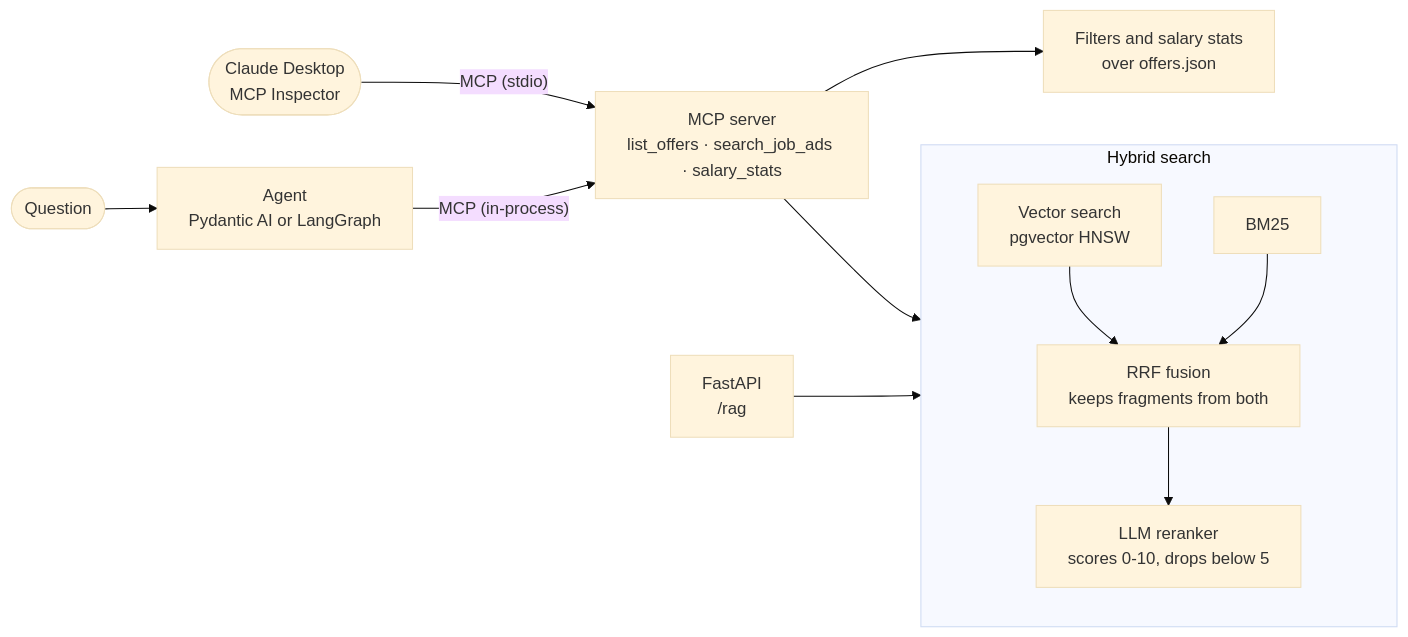
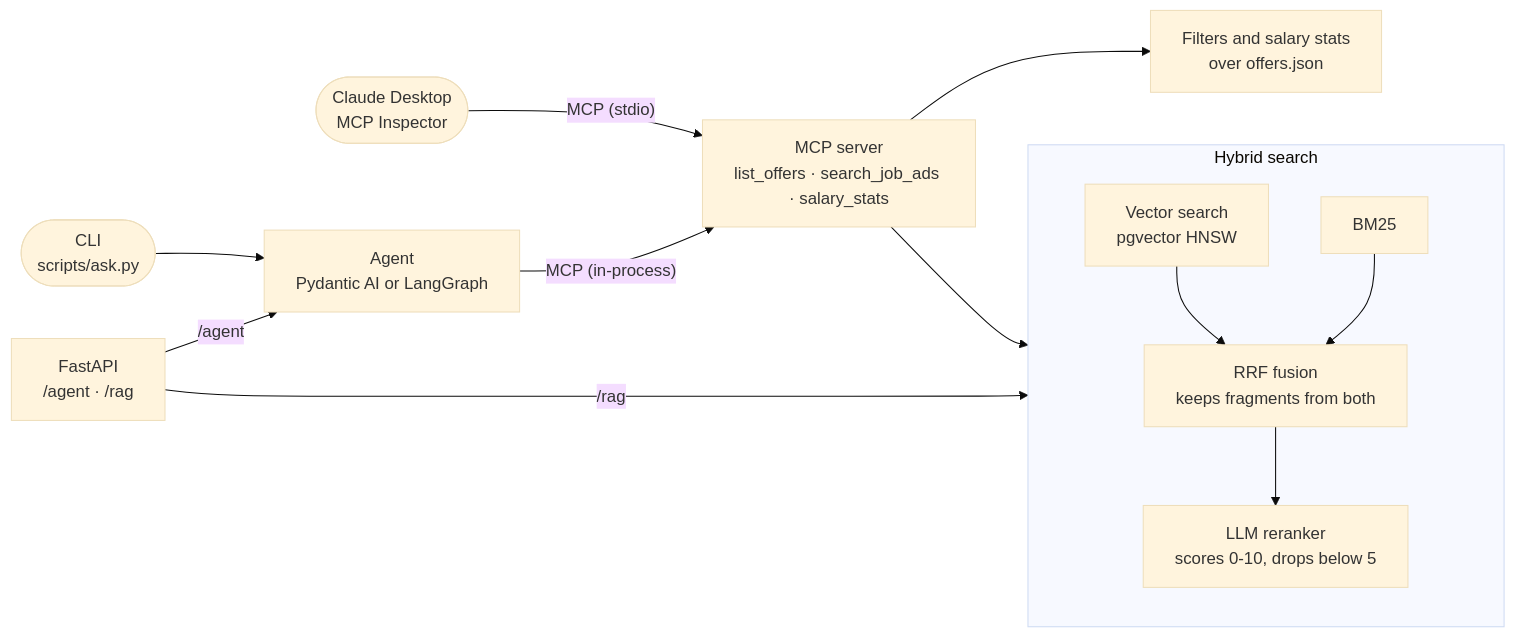
Before and after one commit to BaseAdam/gen_ai: the diagram in README.md, drawn with Mermaid (base theme). The commit also changed other lines of this file and 5 other files, not shown here.

Commit message:
Expose the Pydantic AI agent as POST /agent

````diff
--- a/README.md
+++ b/README.md
@@ -33,15 +34,16 @@
 ```mermaid
 flowchart LR
-    question([Question]) --> agent["Agent<br/>Pydantic AI or LangGraph"]
+    cli(["CLI<br/>scripts/ask.py"]) --> agent["Agent<br/>Pydantic AI or LangGraph"]
+    api["FastAPI<br/>/agent · /rag"] -- "/agent" --> agent
     clients(["Claude Desktop<br/>MCP Inspector"]) -- "MCP (stdio)" --> mcp
     agent -- "MCP (in-process)" --> mcp["MCP server<br/>list_offers · search_job_ads · salary_stats"]
     mcp --> stats["Filters and salary stats<br/>over offers.json"]
     mcp --> search
-    api["FastAPI<br/>/rag"] --> search
+    api -- "/rag" --> search
     subgraph search [Hybrid search]
         direction TB
         vectors["Vector search<br/>pgvector HNSW"] --> fusion["RRF fusion<br/>keeps fragments from both"]
         keywords["BM25"] --> fusion
         fusion --> rerank["LLM reranker<br/>scores 0-10, drops below 5"]
     end
 ```
````
